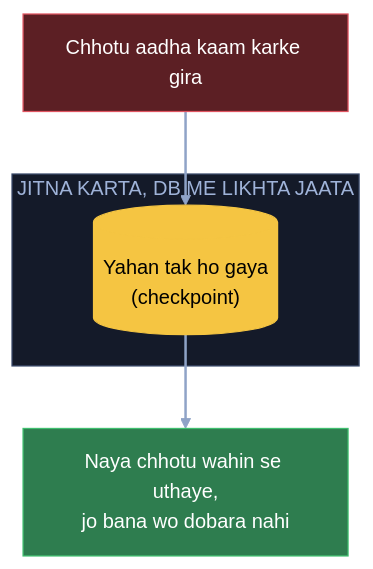
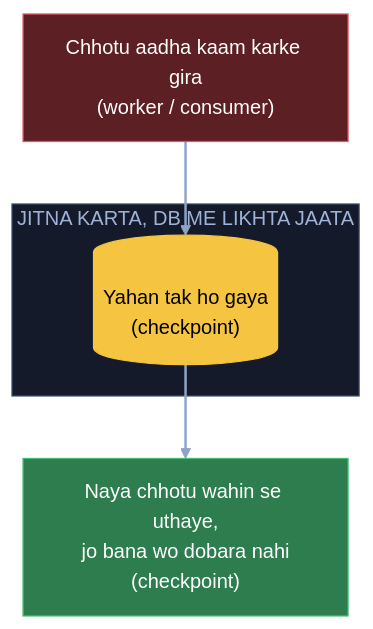
Diagram 16 of 22 in 04_HLD/SYSTEM_DESIGNS/13_banking_system/13_banking_system.md (ArpanMaheshwari144/Prep), drawn with Mermaid before and after one commit. The commit also changed other lines of this file and 22 other files, not shown here.

Commit message:
Diagram: sirf kahani ke dohraaye shabd pe bracket, us jagah notes wala matlab (207 label)

````diff
--- a/04_HLD/SYSTEM_DESIGNS/13_banking_system/13_banking_system.md
+++ b/04_HLD/SYSTEM_DESIGNS/13_banking_system/13_banking_system.md
@@ -611,16 +611,16 @@
 ```mermaid
 flowchart TB
-    C["Chhotu aadha kaam karke gira"]:::bad
+    C["Chhotu aadha kaam karke gira<br/>(worker / consumer)"]:::bad
     subgraph DB["JITNA KARTA, DB ME LIKHTA JAATA"]
         P[("Yahan tak ho gaya<br/>(checkpoint)")]:::pill
     end
-    N["Naya chhotu wahin se uthaye,<br/>jo bana wo dobara nahi"]:::good
+    N["Naya chhotu wahin se uthaye,<br/>jo bana wo dobara nahi<br/>(checkpoint)"]:::good
     C --> P
     P --> N
     linkStyle default stroke:#8fa3c7,stroke-width:2px
     classDef card fill:#1e2638,stroke:#3a4a6b,color:#e8ecf5
     classDef pill fill:#f5c542,stroke:#f5c542,color:#000
     classDef good fill:#2e7d4f,stroke:#3fbf6f,color:#fff
     classDef bad fill:#5c1f24,stroke:#e05561,color:#fff
     style DB fill:#141a29,stroke:#3a4a6b,color:#9fb3d9
 ```
````
